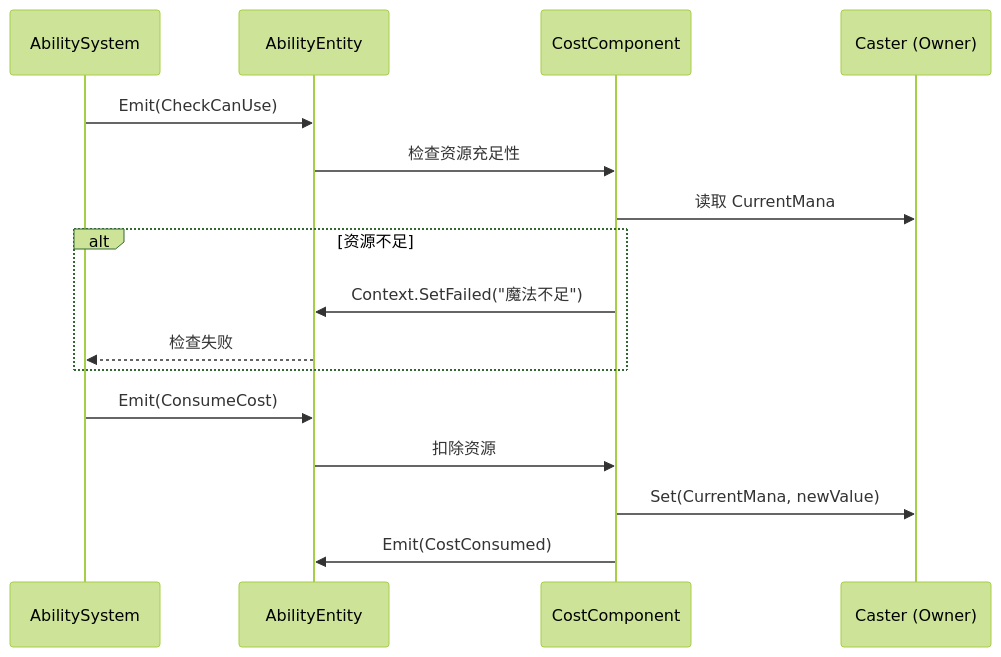
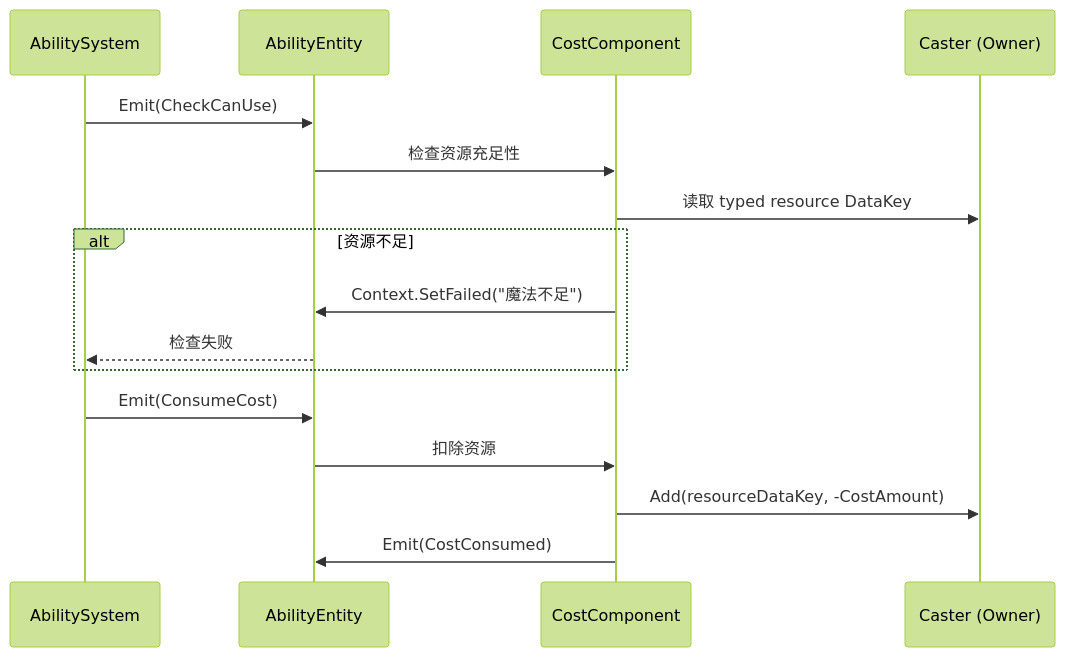
The diagram in DocsAI/ECS/Capabilities/Ability/Component/CostComponent/README.md (alading-2/SLimeAI-GodotC-ECS), drawn with Mermaid (forest theme) before and after one commit. The commit also changed other lines of this file and 74 other files, not shown here.

````diff
--- a/DocsAI/ECS/Capabilities/Ability/Component/CostComponent/README.md
+++ b/DocsAI/ECS/Capabilities/Ability/Component/CostComponent/README.md
@@ -58,20 +57,20 @@
 ```mermaid
 sequenceDiagram
     participant Sys as AbilitySystem
     participant Ability as AbilityEntity
     participant Cost as CostComponent
     participant Caster as Caster (Owner)
 
     Sys->>Ability: Emit(CheckCanUse)
     Ability->>Cost: 检查资源充足性
-    Cost->>Caster: 读取 CurrentMana
+    Cost->>Caster: 读取 typed resource DataKey
     alt 资源不足
         Cost->>Ability: Context.SetFailed("魔法不足")
         Ability-->>Sys: 检查失败
     end
 
     Sys->>Ability: Emit(ConsumeCost)
     Ability->>Cost: 扣除资源
-    Cost->>Caster: Set(CurrentMana, newValue)
+    Cost->>Caster: Add(resourceDataKey, -CostAmount)
     Cost->>Ability: Emit(CostConsumed)
 ```
````
